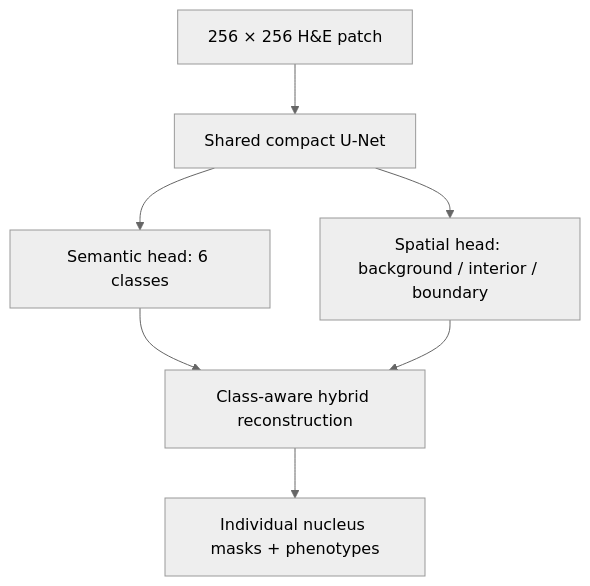
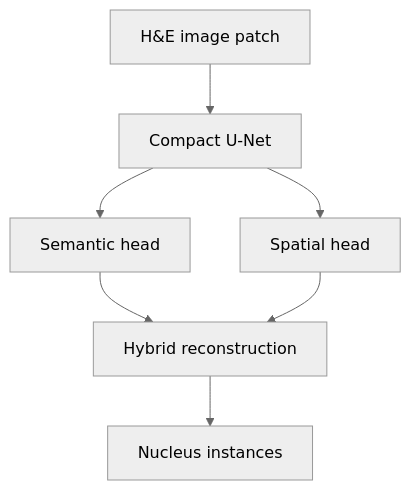
Before and after one commit to rane-mahfoud/pancancer-nuclei-dashboard: the first of 2 diagrams in README.md, drawn with Mermaid (neutral theme). The commit also changed other lines of this file, not shown here.

Commit message:
Fix README architecture diagram layout

````diff
--- a/README.md
+++ b/README.md
@@ -85,9 +85,9 @@
 ```mermaid
 flowchart TD
-    A[256 × 256 H&E patch] --> B[Shared compact U-Net]
-    B --> C[Semantic head: 6 classes]
-    B --> D[Spatial head: background / interior / boundary]
-    C --> E[Class-aware hybrid reconstruction]
+    A[H&E image patch] --> B[Compact U-Net]
+    B --> C[Semantic head]
+    B --> D[Spatial head]
+    C --> E[Hybrid reconstruction]
     D --> E
-    E --> F[Individual nucleus masks + phenotypes]
+    E --> F[Nucleus instances]
 ```
````
